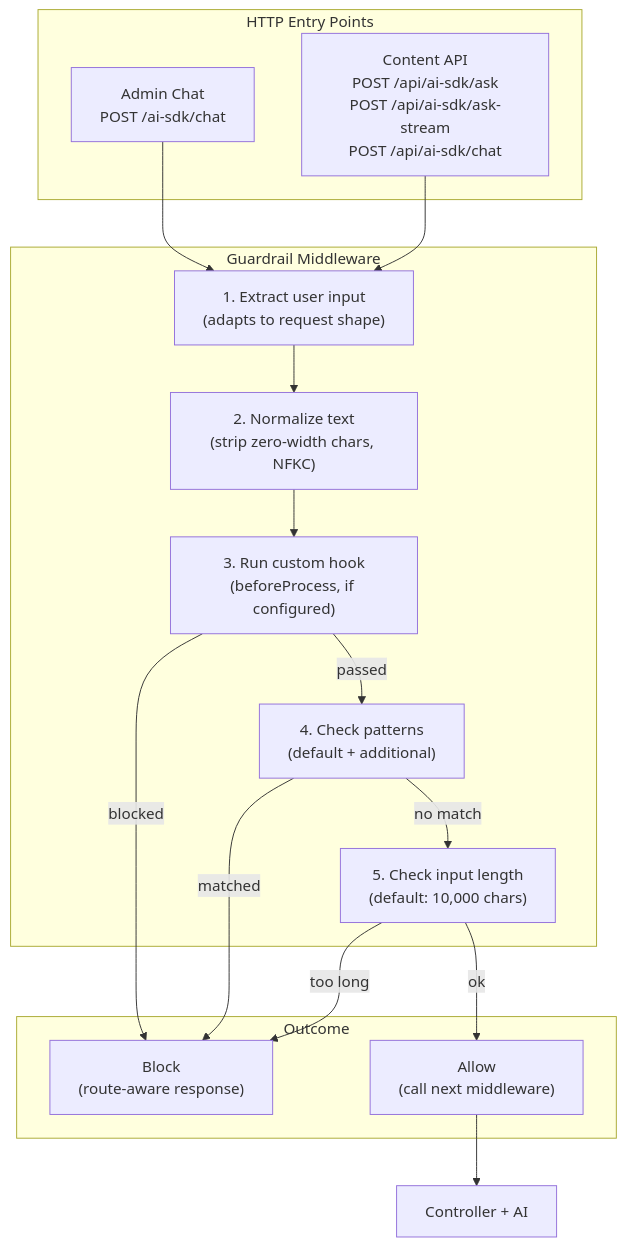
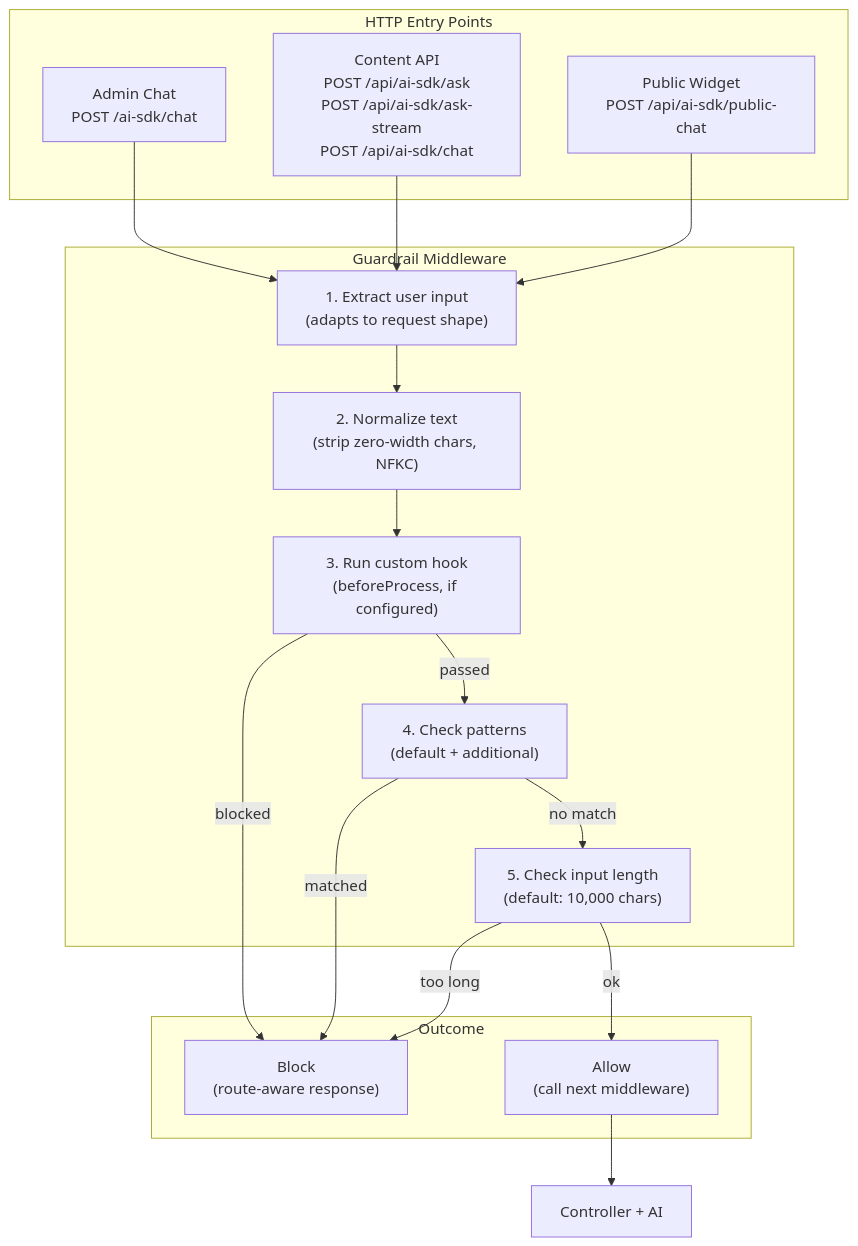
One commit to PaulBratslavsky/strapi-plugin-ai-chat changed the first of 6 diagrams in docs/guardrails.md. Above: the diagram before and after it, drawn with Mermaid. The commit also changed other lines of this file and 2 other files, not shown here.

First line of the commit message:
docs: correct guardrails docs now that /public-chat is screened

````diff
--- a/docs/guardrails.md
+++ b/docs/guardrails.md
@@ -129,32 +124,34 @@
 ```mermaid
 graph TB
     subgraph Entry["HTTP Entry Points"]
         Admin["Admin Chat<br/>POST /ai-sdk/chat"]
         API["Content API<br/>POST /api/ai-sdk/ask<br/>POST /api/ai-sdk/ask-stream<br/>POST /api/ai-sdk/chat"]
+        Public["Public Widget<br/>POST /api/ai-sdk/public-chat"]
     end
 
     subgraph Middleware["Guardrail Middleware"]
         Extract["1. Extract user input<br/>(adapts to request shape)"]
         Normalize["2. Normalize text<br/>(strip zero-width chars, NFKC)"]
         Hook["3. Run custom hook<br/>(beforeProcess, if configured)"]
         Patterns["4. Check patterns<br/>(default + additional)"]
         Length["5. Check input length<br/>(default: 10,000 chars)"]
     end
 
     subgraph Result["Outcome"]
         Block["Block<br/>(route-aware response)"]
         Allow["Allow<br/>(call next middleware)"]
     end
 
     Admin --> Extract
     API --> Extract
+    Public --> Extract
     Extract --> Normalize
     Normalize --> Hook
     Hook -->|"blocked"| Block
     Hook -->|"passed"| Patterns
     Patterns -->|"matched"| Block
     Patterns -->|"no match"| Length
     Length -->|"too long"| Block
     Length -->|"ok"| Allow
     Allow --> Controller["Controller + AI"]
 ```
````
